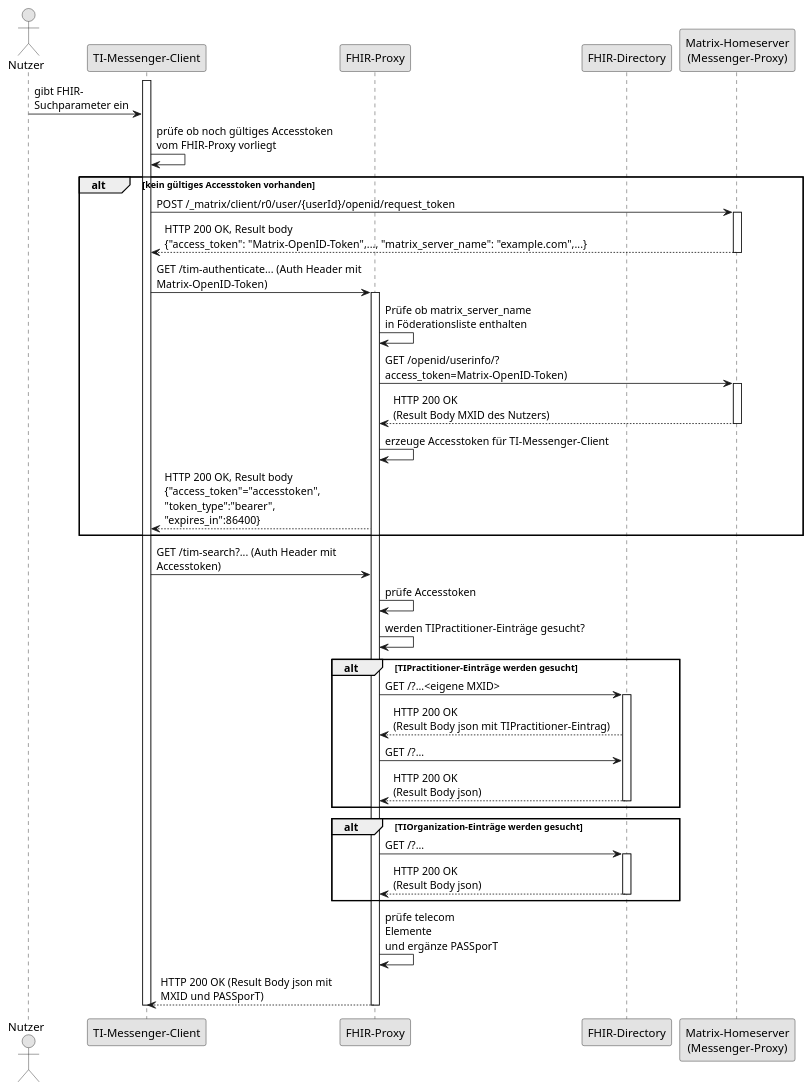
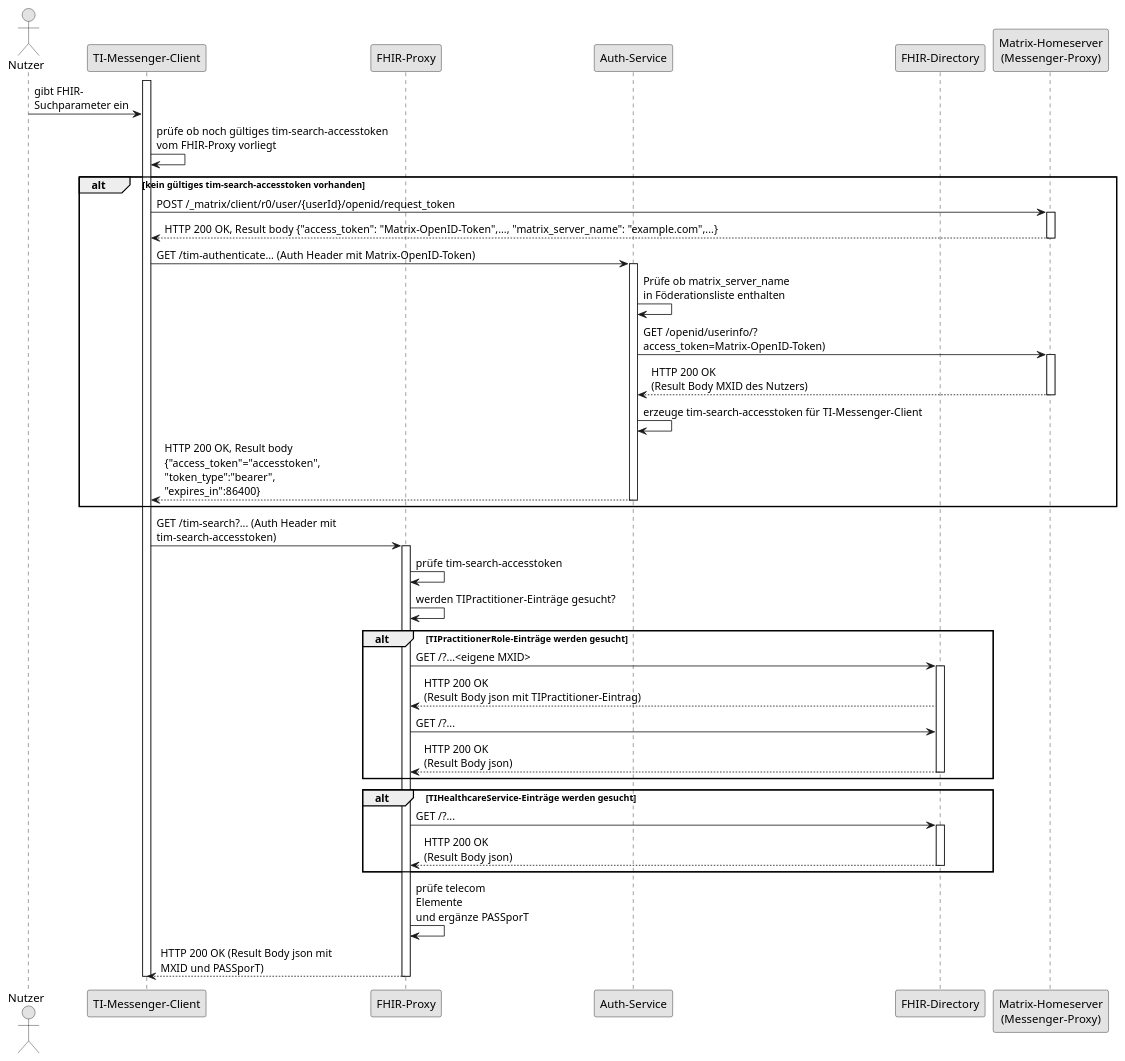
The diagram in src/plantuml/FHIR-Directory, Sequenzdiagram tim-search.puml (gematik/api-vzd), drawn with PlantUML before and after one commit.

Commit message:
new component Auth-Service added

```diff
--- a/src/plantuml/FHIR-Directory, Sequenzdiagram tim-search.puml
+++ b/src/plantuml/FHIR-Directory, Sequenzdiagram tim-search.puml
@@ -1,51 +1,54 @@
 @startuml
 skinparam dpi 100
 skinparam WrapWidth 200
 skinparam monochrome true
 
 'title "FHIR-Directory, Sequenzdiagram tim-search'
 actor Nutzer
 participant cl as "TI-Messenger-Client"
 participant fp as "FHIR-Proxy"
+participant au as "Auth-Service"
 participant fd as "FHIR-Directory"
 participant hs as "Matrix-Homeserver\n(Messenger-Proxy)"
 activate cl
 Nutzer -> cl:gibt FHIR-\nSuchparameter ein
-cl -> cl: prüfe ob noch gültiges Accesstoken\nvom FHIR-Proxy vorliegt
-alt kein gültiges Accesstoken vorhanden
+cl -> cl: prüfe ob noch gültiges tim-search-accesstoken\nvom FHIR-Proxy vorliegt
+alt kein gültiges tim-search-accesstoken vorhanden
 cl -> hs: POST /_matrix/client/r0/user/{userId}/openid/request_token
 activate hs
-hs --> cl: HTTP 200 OK, Result body\n{"access_token": "Matrix-OpenID-Token",..., "matrix_server_name": "example.com",...}
+hs --> cl: HTTP 200 OK, Result body {"access_token": "Matrix-OpenID-Token",..., "matrix_server_name": "example.com",...}
 deactivate hs
-cl -> fp: GET /tim-authenticate... (Auth Header mit\nMatrix-OpenID-Token)
+cl -> au: GET /tim-authenticate... (Auth Header mit Matrix-OpenID-Token)
+activate au
+au -> au: Prüfe ob matrix_server_name\nin Föderationsliste enthalten
+au -> hs: GET /openid/userinfo/?\naccess_token=Matrix-OpenID-Token)
+activate hs
+hs --> au: HTTP 200 OK\n(Result Body MXID des Nutzers)
+deactivate hs
+au -> au: erzeuge tim-search-accesstoken für TI-Messenger-Client
+au --> cl: HTTP 200 OK, Result body\n{"access_token"="accesstoken",\n"token_type":"bearer",\n"expires_in":86400}
+deactivate au
+end
+cl -> fp: GET /tim-search?... (Auth Header mit\ntim-search-accesstoken)
 activate fp
-fp -> fp: Prüfe ob matrix_server_name\nin Föderationsliste enthalten
-fp -> hs: GET /openid/userinfo/?\naccess_token=Matrix-OpenID-Token)
-activate hs
-hs --> fp: HTTP 200 OK\n(Result Body MXID des Nutzers)
-deactivate hs
-fp -> fp: erzeuge Accesstoken für TI-Messenger-Client
-fp --> cl: HTTP 200 OK, Result body\n{"access_token"="accesstoken",\n"token_type":"bearer",\n"expires_in":86400}
-end
-cl -> fp: GET /tim-search?... (Auth Header mit\nAccesstoken)
-fp -> fp: prüfe Accesstoken
+fp -> fp: prüfe tim-search-accesstoken
 fp -> fp: werden TIPractitioner-Einträge gesucht?
-alt TIPractitioner-Einträge werden gesucht
+alt TIPractitionerRole-Einträge werden gesucht
 fp -> fd: GET /?...<eigene MXID>
 activate fd
 fd --> fp: HTTP 200 OK\n(Result Body json mit TIPractitioner-Eintrag)
 fp -> fd: GET /?...
 fd --> fp: HTTP 200 OK\n(Result Body json)
 deactivate fd
 end
-alt TIOrganization-Einträge werden gesucht
+alt TIHealthcareService-Einträge werden gesucht
 fp -> fd: GET /?...
 activate fd
 fd --> fp: HTTP 200 OK\n(Result Body json)
 deactivate fd
 end
 fp -> fp: prüfe telecom\nElemente\nund ergänze PASSporT
 fp --> cl: HTTP 200 OK (Result Body json mit\nMXID und PASSporT)
 deactivate fp
 deactivate cl
 @enduml
```
